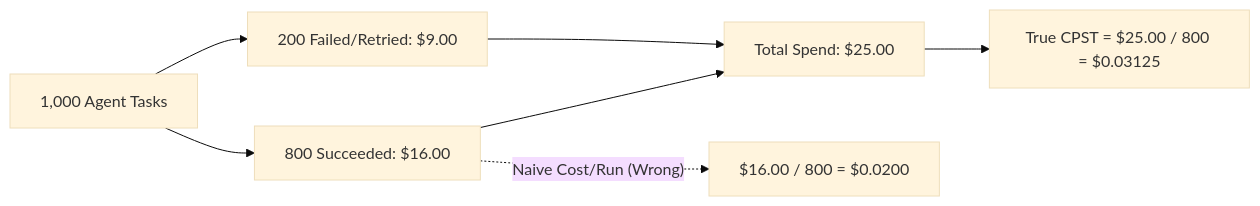
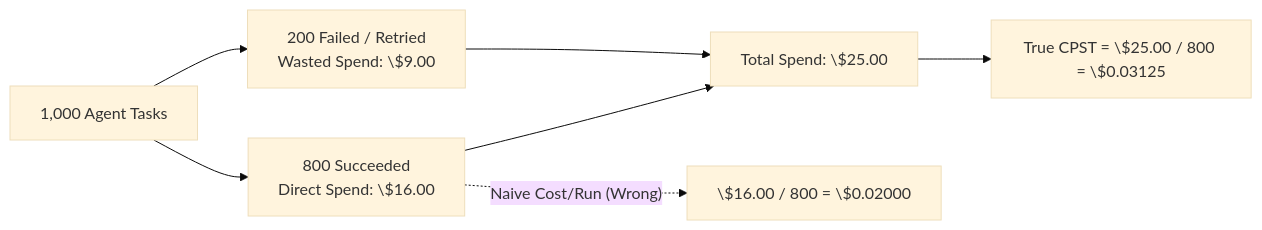
One commit to Amie-dev/FDE-and-GenAI-Mastery changed the first of 2 diagrams in Lecture 43 - AI Observability OTel and FOCUS FinOps/notes/05_AI_FinOps_Cost_per_Successful_Task.md. Above: the diagram before and after it, drawn with Mermaid (base theme). The commit also changed other lines of this file and 92 other files, not shown here.

````diff
--- a/Lecture 43 - AI Observability OTel and FOCUS FinOps/notes/05_AI_FinOps_Cost_per_Successful_Task.md
+++ b/Lecture 43 - AI Observability OTel and FOCUS FinOps/notes/05_AI_FinOps_Cost_per_Successful_Task.md
@@ -39,9 +37,9 @@
 ```mermaid
 flowchart LR
-    A[1,000 Agent Tasks] --> B[800 Succeeded: $16.00]
-    A --> C[200 Failed/Retried: $9.00]
-    B --> D[Total Spend: $25.00]
+    A["1,000 Agent Tasks"] --> B["800 Succeeded<br/>Direct Spend: \$16.00"]
+    A --> C["200 Failed / Retried<br/>Wasted Spend: \$9.00"]
+    B --> D["Total Spend: \$25.00"]
     C --> D
-    D --> E["True CPST = $25.00 / 800 = $0.03125"]
-    B -.->|"Naive Cost/Run (Wrong)"| F["$16.00 / 800 = $0.0200"]
+    D --> E["True CPST = \$25.00 / 800 = \$0.03125"]
+    B -.->|"Naive Cost/Run (Wrong)"| F["\$16.00 / 800 = \$0.02000"]
 ```
````
